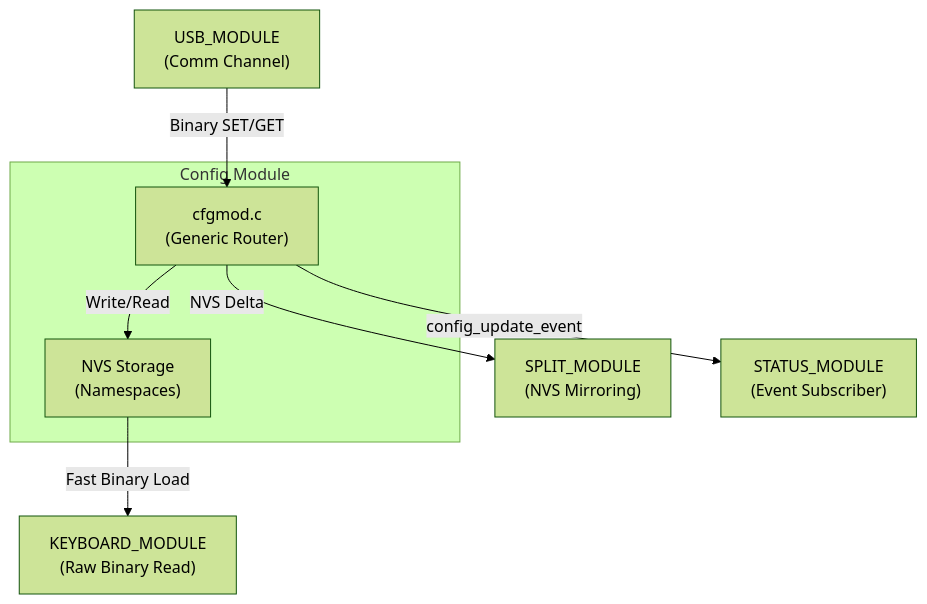
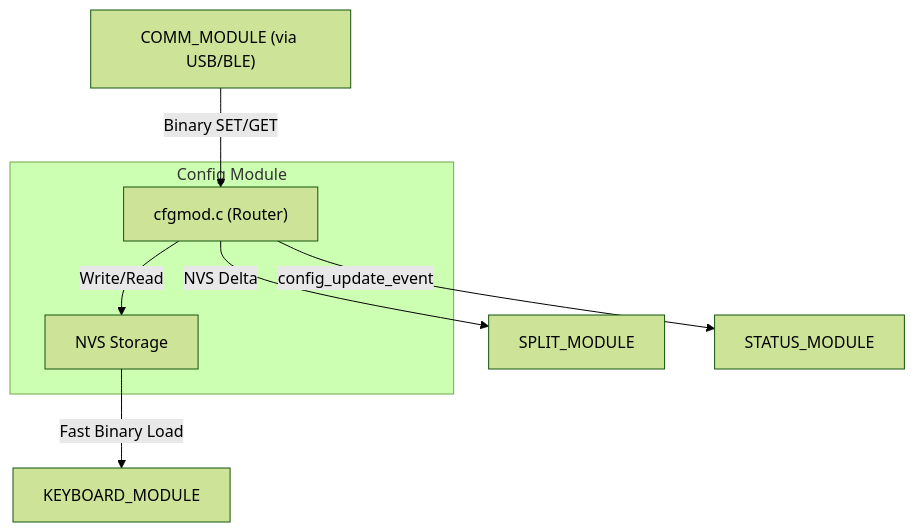
The diagram in universe/modules/CONFIG_MODULE.md (frentuka/Tecleados-ESP-Firmware), drawn with Mermaid (forest theme) before and after one commit. The commit also changed other lines of this file and 8 other files, not shown here.

````diff
--- a/universe/modules/CONFIG_MODULE.md
+++ b/universe/modules/CONFIG_MODULE.md
@@ -89,19 +20,19 @@
 ```mermaid
 graph TD
     subgraph config_module ["Config Module"]
-        CM["cfgmod.c<br/>(Generic Router)"]
-        NVS["NVS Storage<br/>(Namespaces)"]
+        CM["cfgmod.c (Router)"]
+        NVS["NVS Storage"]
     end
 
-    USB["USB_MODULE<br/>(Comm Channel)"]
-    KB["KEYBOARD_MODULE<br/>(Raw Binary Read)"]
-    SPLIT["SPLIT_MODULE<br/>(NVS Mirroring)"]
-    STATUS["STATUS_MODULE<br/>(Event Subscriber)"]
+    USB["COMM_MODULE (via USB/BLE)"]
+    KB["KEYBOARD_MODULE"]
+    SPLIT["SPLIT_MODULE"]
+    STATUS["STATUS_MODULE"]
 
     USB -- "Binary SET/GET" --> CM
     CM -- "Write/Read" --> NVS
     
     NVS -- "Fast Binary Load" --> KB
     CM -- "config_update_event" --> STATUS
     CM -- "NVS Delta" --> SPLIT
 ```
````
